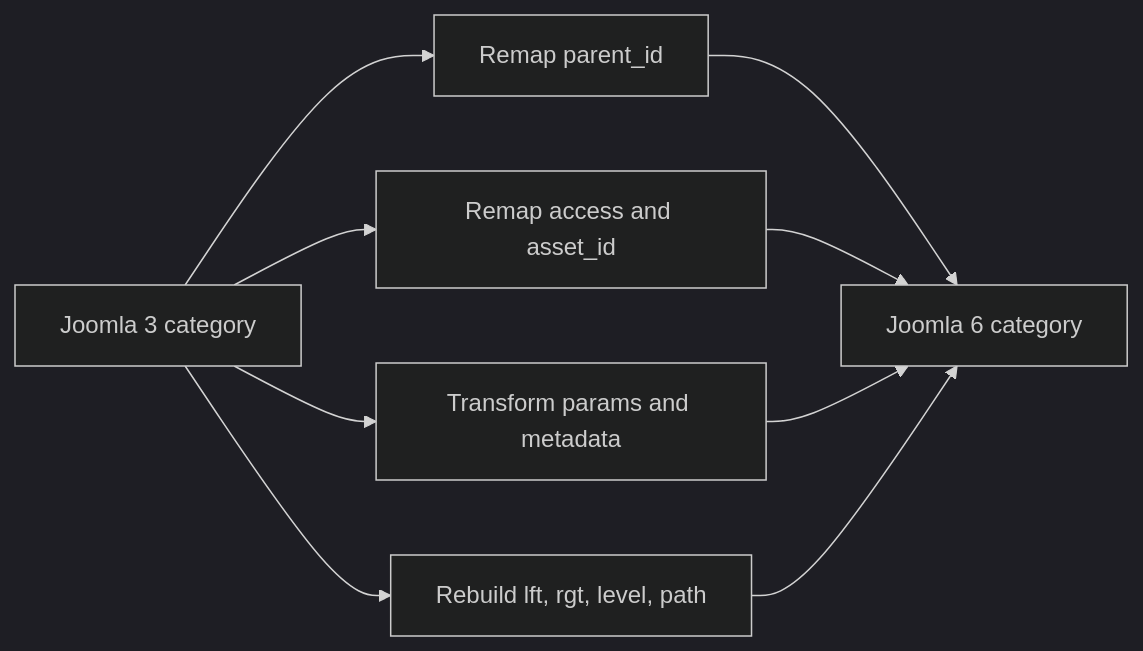
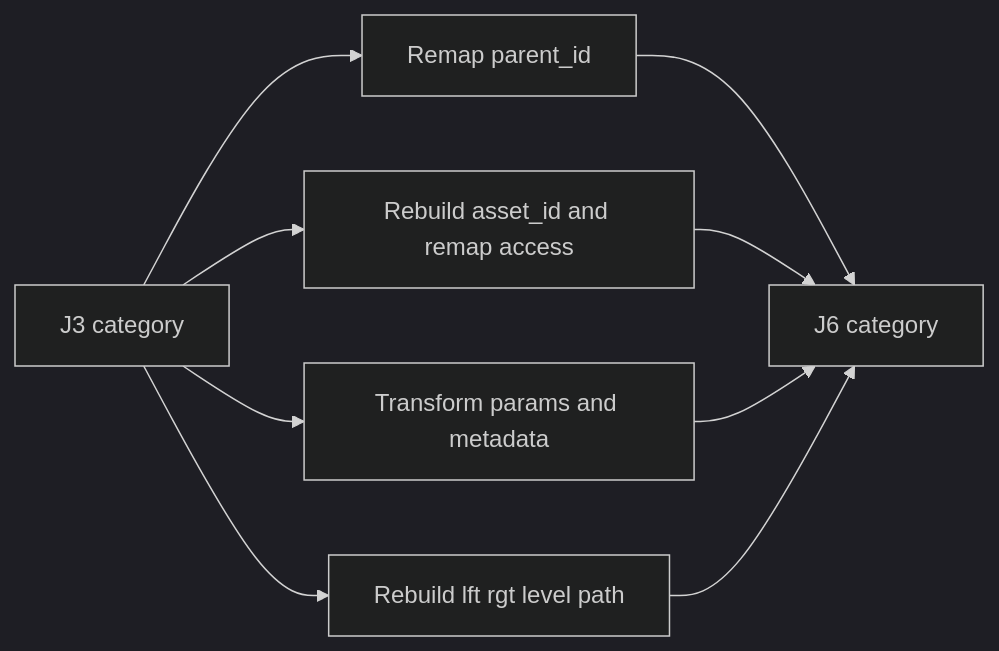
One commit to duyduyly/php-notebook changed the sixth of 15 diagrams in docs/joomla/learning/database/joomla3-vs-joomla6-erd-gap-diagrams.md. Above: the diagram before and after it, drawn with Mermaid (dark theme). The commit also changed other lines of this file, not shown here.

Commit message:
docs: fix Mermaid ERD gaps and add side-by-side table comparisons

````diff
--- a/docs/joomla/learning/database/joomla3-vs-joomla6-erd-gap-diagrams.md
+++ b/docs/joomla/learning/database/joomla3-vs-joomla6-erd-gap-diagrams.md
@@ -258,13 +296,12 @@
 ```mermaid
 flowchart LR
-    J3CAT["Joomla 3 category"]
-    J3CAT --> PARENT["Remap parent_id"]
-    J3CAT --> ACCESS["Remap access and asset_id"]
-    J3CAT --> PARAMS["Transform params and metadata"]
-    J3CAT --> TREE["Rebuild lft, rgt, level, path"]
+    SOURCE["J3 category"] --> PARENT["Remap parent_id"]
+    SOURCE --> ACL["Rebuild asset_id and remap access"]
+    SOURCE --> JSON["Transform params and metadata"]
+    SOURCE --> TREE["Rebuild lft rgt level path"]
 
-    PARENT --> J6CAT["Joomla 6 category"]
-    ACCESS --> J6CAT
-    PARAMS --> J6CAT
-    TREE --> J6CAT
+    PARENT --> TARGET["J6 category"]
+    ACL --> TARGET
+    JSON --> TARGET
+    TREE --> TARGET
 ```
````
